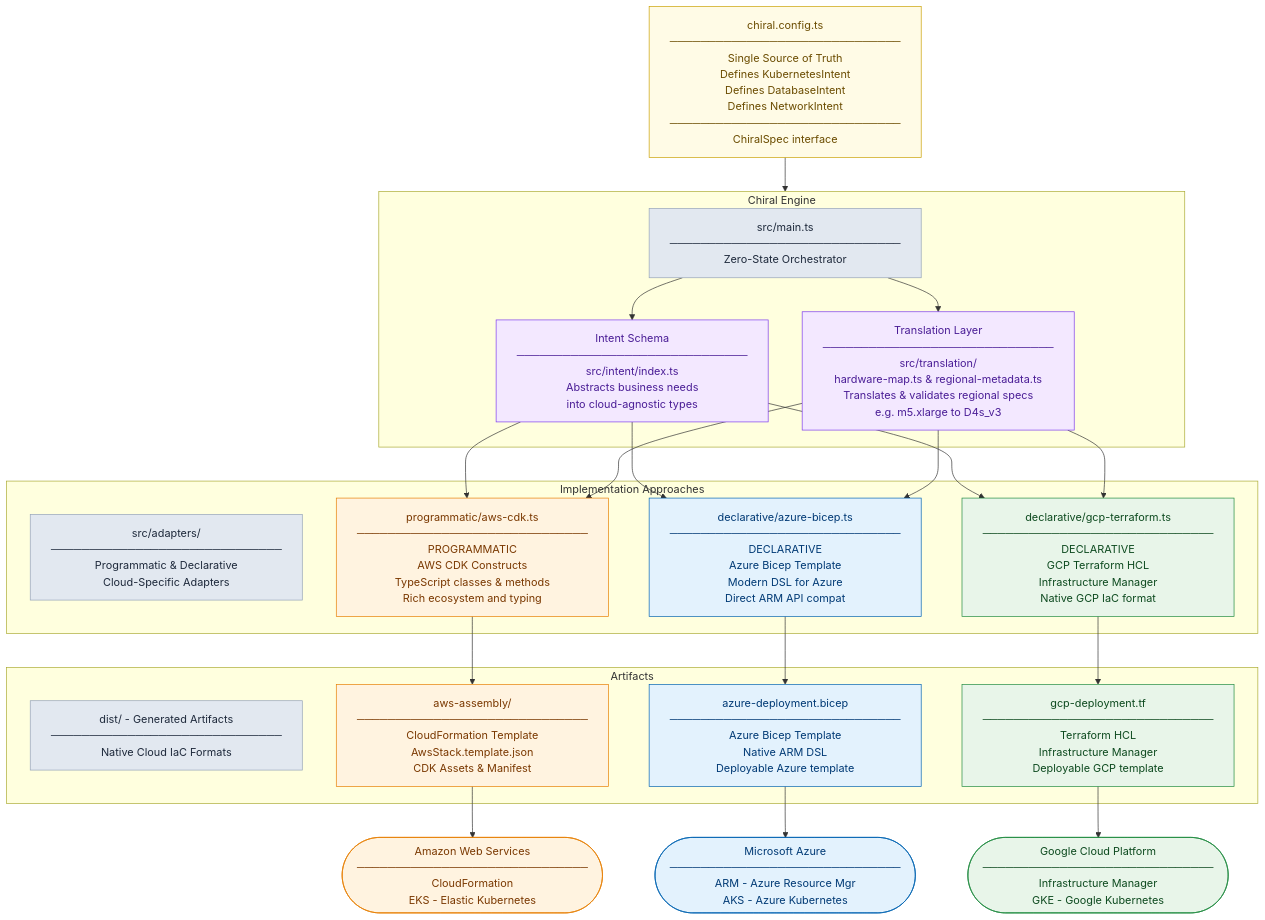
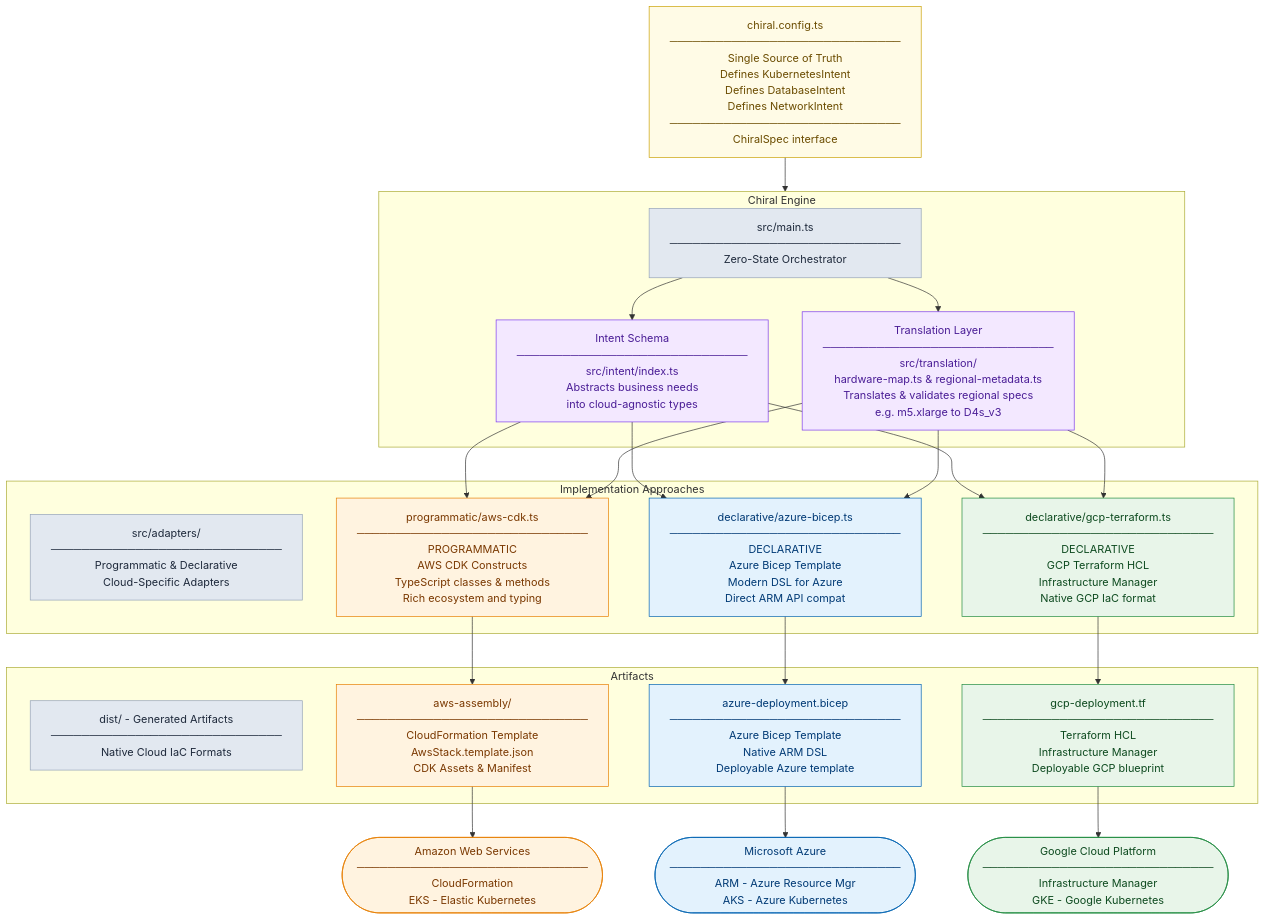
One commit to lloydchang/chiral-infrastructure-as-code changed the diagram in README.md. Above: the diagram before and after it, drawn with Mermaid.

Commit message:
docs: Update GCP deployment description in README
GCP Infrastructure Manager uses the term Blueprint instead of Template

````diff
--- a/README.md
+++ b/README.md
@@ -311,51 +311,51 @@
 ```mermaid
 flowchart TD
     classDef config   fill:#fffbe6,stroke:#c9a000,color:#6b4c00
     classDef engine   fill:#f3e8ff,stroke:#7c3aed,color:#4a1d96
     classDef awsNode  fill:#fff3e0,stroke:#e67e00,color:#7a3800
     classDef azNode   fill:#e3f2fd,stroke:#0063b1,color:#003a75
     classDef gcpNode  fill:#e8f5e9,stroke:#1e8a3e,color:#0d4a1f
     classDef header   fill:#e2e8f0,stroke:#94a3b8,color:#1e293b
 
     CONFIG[chiral.config.ts<br/>──────────────────────────────<br/>Single Source of Truth<br/>Defines KubernetesIntent<br/>Defines DatabaseIntent<br/>Defines NetworkIntent<br/>──────────────────────────────<br/>ChiralSpec interface]:::config
 
     subgraph ENGINE[Chiral Engine]
         EH[src/main.ts<br/>──────────────────────────────<br/>Zero-State Orchestrator]:::header
         INTENT[Intent Schema<br/>──────────────────────────────<br/>src/intent/index.ts<br/>Abstracts business needs<br/>into cloud-agnostic types]:::engine
         ROSETTA[Translation Layer<br/>──────────────────────────────<br/>src/translation/<br/>hardware-map.ts & regional-metadata.ts<br/>Translates & validates regional specs<br/>e.g. m5.xlarge to D4s_v3]:::engine
     end
 
     subgraph ADAPTERS[Implementation Approaches]
         AH[src/adapters/<br/>──────────────────────────────<br/>Programmatic & Declarative<br/>Cloud-Specific Adapters]:::header
         AWS_A[programmatic/aws-cdk.ts<br/>──────────────────────────────<br/>PROGRAMMATIC<br/>AWS CDK Constructs<br/>TypeScript classes & methods<br/>Rich ecosystem and typing]:::awsNode
         AZURE_A[declarative/azure-bicep.ts<br/>──────────────────────────────<br/>DECLARATIVE<br/>Azure Bicep Template<br/>Modern DSL for Azure<br/>Direct ARM API compat]:::azNode
         GCP_A[declarative/gcp-terraform.ts<br/>──────────────────────────────<br/>DECLARATIVE<br/>GCP Terraform HCL<br/>Infrastructure Manager<br/>Native GCP IaC format]:::gcpNode
     end
 
     subgraph DIST[Artifacts]
         DH[dist/ - Generated Artifacts<br/>──────────────────────────────<br/>Native Cloud IaC Formats]:::header
         AWS_D[aws-assembly/<br/>──────────────────────────────<br/>CloudFormation Template<br/>AwsStack.template.json<br/>CDK Assets & Manifest]:::awsNode
         AZURE_D[azure-deployment.bicep<br/>──────────────────────────────<br/>Azure Bicep Template<br/>Native ARM DSL<br/>Deployable Azure template]:::azNode
-        GCP_D[gcp-deployment.tf<br/>──────────────────────────────<br/>Terraform HCL<br/>Infrastructure Manager<br/>Deployable GCP template]:::gcpNode
+        GCP_D[gcp-deployment.tf<br/>──────────────────────────────<br/>Terraform HCL<br/>Infrastructure Manager<br/>Deployable GCP blueprint]:::gcpNode
     end
 
     AWS_C([Amazon Web Services<br/>──────────────────────────────<br/>CloudFormation<br/>EKS - Elastic Kubernetes]):::awsNode
     AZURE_C([Microsoft Azure<br/>──────────────────────────────<br/>ARM - Azure Resource Mgr<br/>AKS - Azure Kubernetes]):::azNode
     GCP_C([Google Cloud Platform<br/>──────────────────────────────<br/>Infrastructure Manager<br/>GKE - Google Kubernetes]):::gcpNode
 
     CONFIG --> ENGINE
     EH --> INTENT
     EH --> ROSETTA
     INTENT --> AWS_A
     INTENT --> AZURE_A
     INTENT --> GCP_A
     ROSETTA --> AWS_A
     ROSETTA --> AZURE_A
     ROSETTA --> GCP_A
     AWS_A --> AWS_D
     AZURE_A --> AZURE_D
     GCP_A --> GCP_D
     AWS_D --> AWS_C
     AZURE_D --> AZURE_C
     GCP_D --> GCP_C
 ```
````
